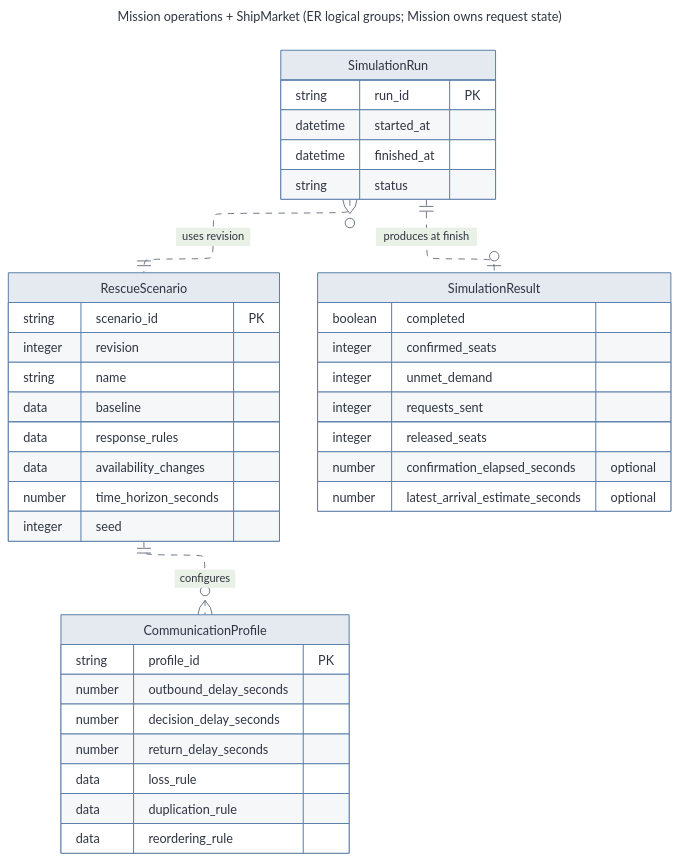
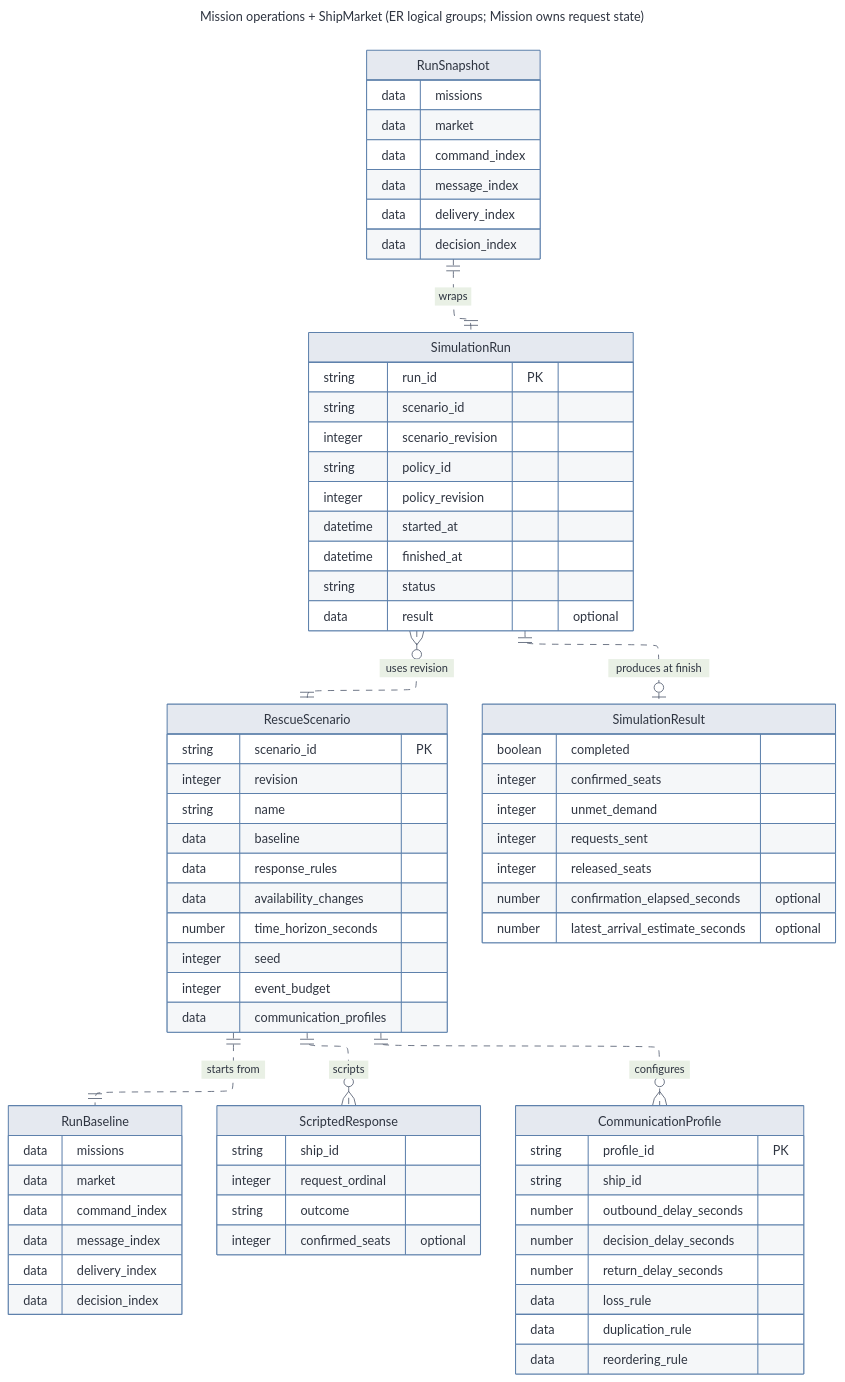
One commit to mariaxmxavier/space-rescue-system changed the diagram in docs/architecture/diagrams/rescue-domain-model/namespaces/Experiments/entity-relationship-diagram.mmd. Above: the diagram before and after it, drawn with Mermaid. The commit also changed 7 other files, not shown here.

First line of the commit message:
docs(architecture): align the experiments diagrams with the code

```diff
--- a/docs/architecture/diagrams/rescue-domain-model/namespaces/Experiments/entity-relationship-diagram.mmd
+++ b/docs/architecture/diagrams/rescue-domain-model/namespaces/Experiments/entity-relationship-diagram.mmd
@@ -1,67 +1,100 @@
 ---
 title: Mission operations + ShipMarket (ER logical groups; Mission owns request state)
 config:
   layout: elk
   theme: base
   htmlLabels: false
   fontFamily: Arial
   themeVariables:
     primaryColor: '#e5e9f0'
     primaryTextColor: '#2e3440'
     primaryBorderColor: '#5e81ac'
     lineColor: '#4c566a'
     tertiaryColor: '#eceff4'
     fontFamily: 'Arial, sans-serif'
   elk:
     mergeEdges: false
     nodePlacementStrategy: LINEAR_SEGMENTS
   class:
     nodeSpacing: 90
     rankSpacing: 100
     padding: 24
     diagramPadding: 40
   er:
     nodeSpacing: 90
     rankSpacing: 100
     diagramPadding: 30
 ---
 erDiagram
     direction TB
     %% Scoped logical ER view of Experiments. Cross-space relationships: Communication profiles target baseline ShipMarket ships; each run uses MissionOperations, ShipMarket and Mobilisation copies.
     RescueScenario {
         string scenario_id PK
         integer revision
         string name
         data baseline
         data response_rules
         data availability_changes
         number time_horizon_seconds
         integer seed
+        integer event_budget
+        data communication_profiles
+    }
+    RunBaseline {
+        data missions
+        data market
+        data command_index
+        data message_index
+        data delivery_index
+        data decision_index
+    }
+    ScriptedResponse {
+        string ship_id
+        integer request_ordinal
+        string outcome
+        integer confirmed_seats "optional"
     }
     CommunicationProfile {
         string profile_id PK
+        string ship_id
         number outbound_delay_seconds
         number decision_delay_seconds
         number return_delay_seconds
         data loss_rule
         data duplication_rule
         data reordering_rule
     }
     SimulationRun {
         string run_id PK
+        string scenario_id
+        integer scenario_revision
+        string policy_id
+        integer policy_revision
         datetime started_at
         datetime finished_at
         string status
+        data result "optional"
     }
     SimulationResult {
         boolean completed
         integer confirmed_seats
         integer unmet_demand
         integer requests_sent
         integer released_seats
         number confirmation_elapsed_seconds "optional"
         number latest_arrival_estimate_seconds "optional"
     }
+    RunSnapshot {
+        data missions
+        data market
+        data command_index
+        data message_index
+        data delivery_index
+        data decision_index
+    }
+    RescueScenario ||..|| RunBaseline : "starts from"
+    RescueScenario ||..o{ ScriptedResponse : "scripts"
     RescueScenario ||..o{ CommunicationProfile : "configures"
     SimulationRun }o..|| RescueScenario : "uses revision"
     SimulationRun ||..o| SimulationResult : "produces at finish"
+    RunSnapshot ||..|| SimulationRun : "wraps"
```
